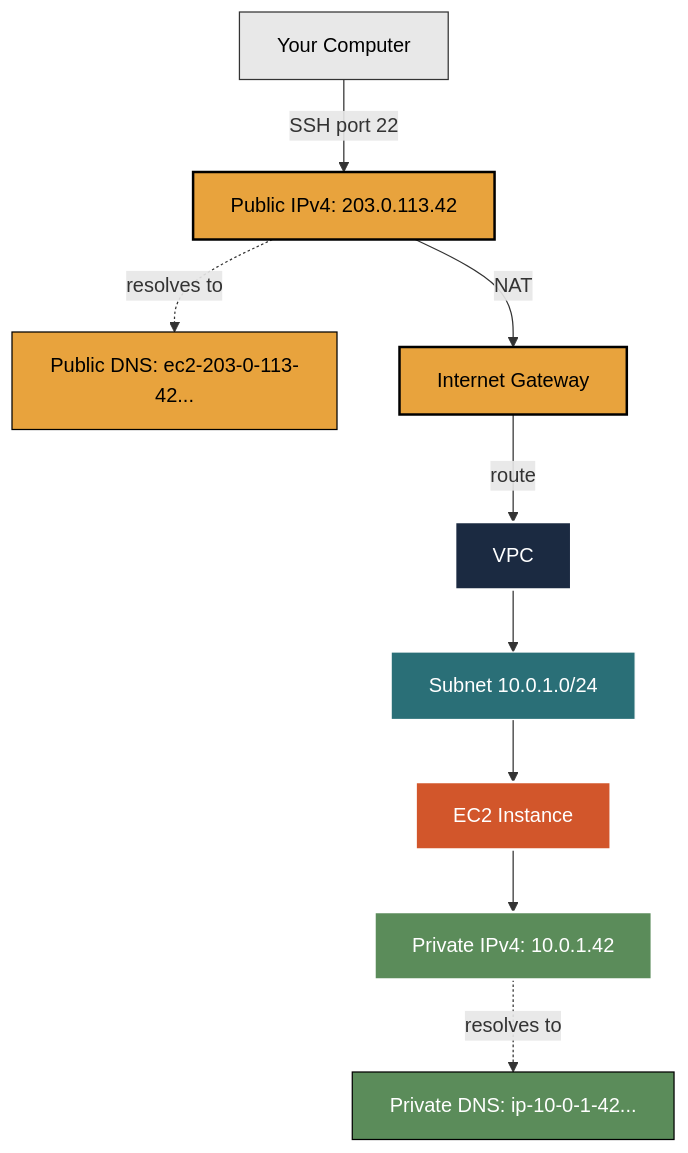
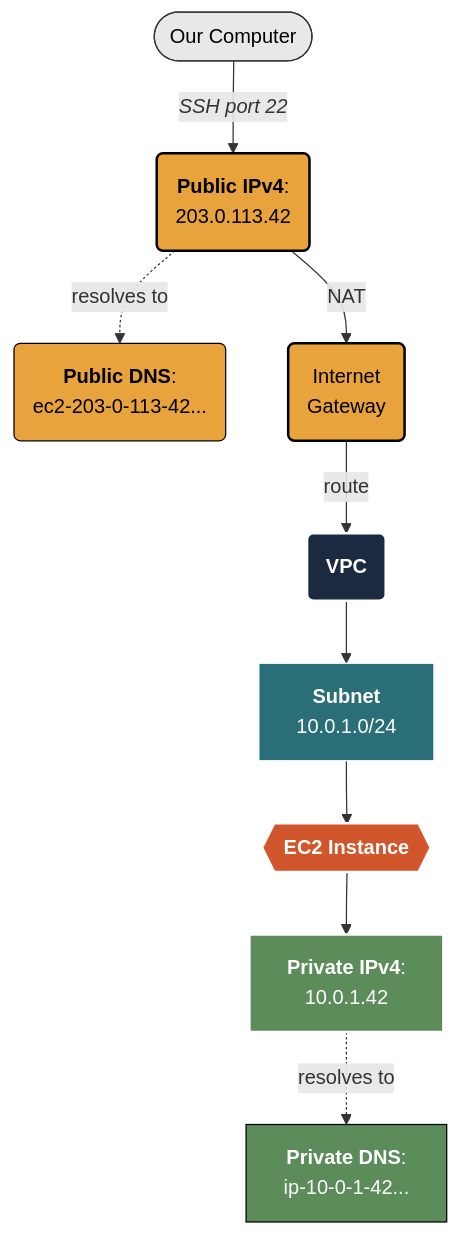
One commit to mjfrigaard/do4ds-labs changed the first of 2 diagrams in aws-ssh-ec2.qmd. Above: the diagram before and after it, drawn with Mermaid. The commit also changed other lines of this file and 9 other files, not shown here.

````diff
--- a/aws-ssh-ec2.qmd
+++ b/aws-ssh-ec2.qmd
@@ -66,36 +66,36 @@
 ```{mermaid}
 %%| fig-cap: 'EC2 Instance Network Architecture'
 %%| fig-width: 8.0
 %%| fig-align: 'center'
 %%{init: {'theme': 'base', 'themeVariables': {'fontFamily': 'monospace'}}}}%%
 
 graph TD
-    Client["Your Computer"]
-    PubIP["Public IPv4: 203.0.113.42"]
-    PubDNS["Public DNS: ec2-203-0-113-42..."]
-    IGW["Internet Gateway"]
-    VPC["VPC"]
-    Subnet["Subnet 10.0.1.0/24"]
-    Instance["EC2 Instance"]
-    PrivIP["Private IPv4: 10.0.1.42"]
-    PrivDNS["Private DNS: ip-10-0-1-42..."]
-
-    Client -->|SSH port 22| PubIP
+    Client(["Our Computer"])
+    PubIP("<strong>Public IPv4</strong>:<br>203.0.113.42")
+    PubDNS("<strong>Public DNS</strong>:<br>ec2-203-0-113-42...")
+    IGW("Internet<br>Gateway")
+    VPC("<strong>VPC</strong>")
+    Subnet["<strong>Subnet</strong><br>10.0.1.0/24"]
+    Instance{{"<strong>EC2 Instance</strong>"}}
+    PrivIP["<strong>Private IPv4</strong>:<br>10.0.1.42"]
+    PrivDNS["<strong>Private DNS</strong>:<br>ip-10-0-1-42..."]
+    
+    Client -->|"<em>SSH port 22</em>"| PubIP
     PubIP -.->|resolves to| PubDNS
     PubIP -->|NAT| IGW
     IGW -->|route| VPC
     VPC --> Subnet
     Subnet --> Instance
     Instance --> PrivIP
     PrivIP -.->|resolves to| PrivDNS
 
     style Client fill:#E8E8E8,stroke:#333,stroke-width:1px,color:#000
     style PubIP fill:#E8A33D,stroke:#000,stroke-width:2px,color:#000
     style PubDNS fill:#E8A33D,stroke:#000,stroke-width:1px,color:#000
     style IGW fill:#E8A33D,stroke:#000,stroke-width:2px,color:#000
     style VPC fill:#1B2A41,stroke:#fff,stroke-width:2px,color:#fff
     style Subnet fill:#2A6F77,stroke:#fff,stroke-width:1px,color:#fff
     style Instance fill:#D2562B,stroke:#fff,stroke-width:2px,color:#fff
     style PrivIP fill:#5B8C5A,stroke:#fff,stroke-width:2px,color:#fff
     style PrivDNS fill:#5B8C5A,stroke:#000,stroke-width:1px,color:#fff
 ```
````
